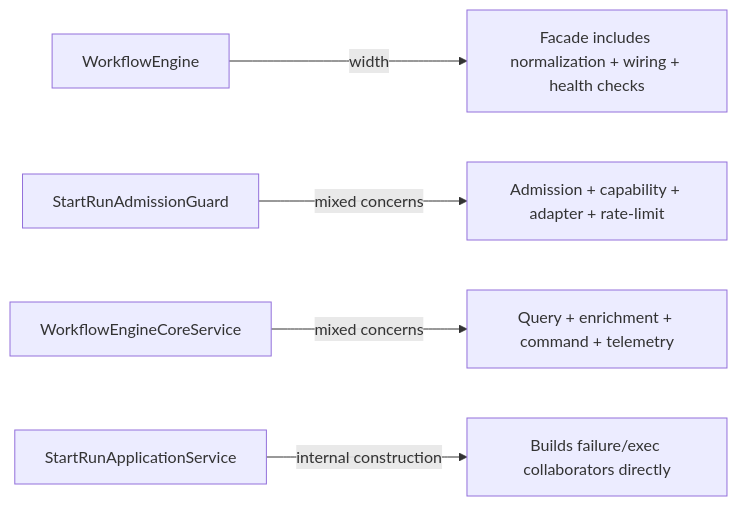
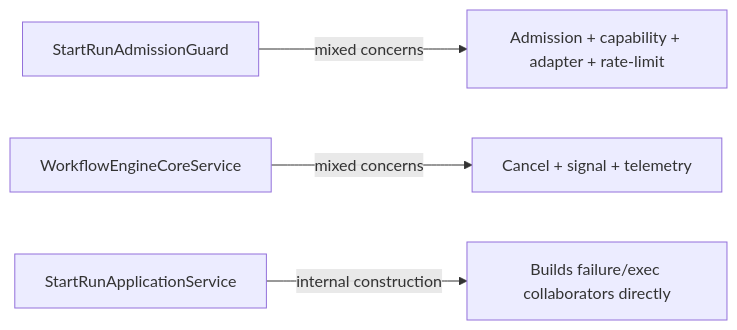
Before and after one commit to dunay2/dvt: the fifth of 5 diagrams in docs/architecture/components/engine/architecture/workflow-engine-subsystem-context.md, drawn with Mermaid. The commit also changed other lines of this file and 168 other files, not shown here.

````diff
--- a/docs/architecture/components/engine/architecture/workflow-engine-subsystem-context.md
+++ b/docs/architecture/components/engine/architecture/workflow-engine-subsystem-context.md
@@ -208,7 +249,6 @@
 ```mermaid
 flowchart LR
-  WF["WorkflowEngine"] -->|width| W1["Facade includes normalization + wiring + health checks"]
   Guard["StartRunAdmissionGuard"] -->|mixed concerns| W2["Admission + capability + adapter + rate-limit"]
-  Core["WorkflowEngineCoreService"] -->|mixed concerns| W3["Query + enrichment + command + telemetry"]
+  Core["WorkflowEngineCoreService"] -->|mixed concerns| W3["Cancel + signal + telemetry"]
   StartRun["StartRunApplicationService"] -->|internal construction| W4["Builds failure/exec collaborators directly"]
 ```
````
